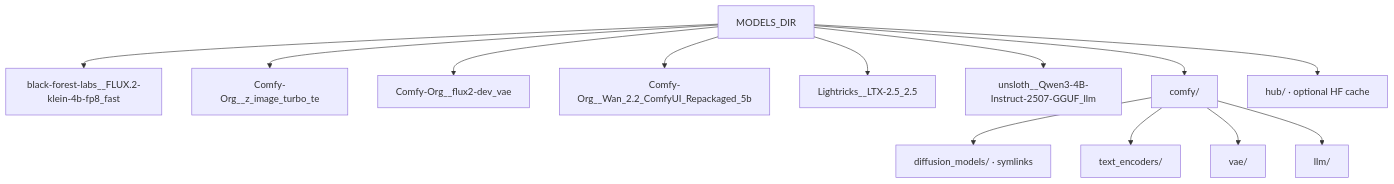
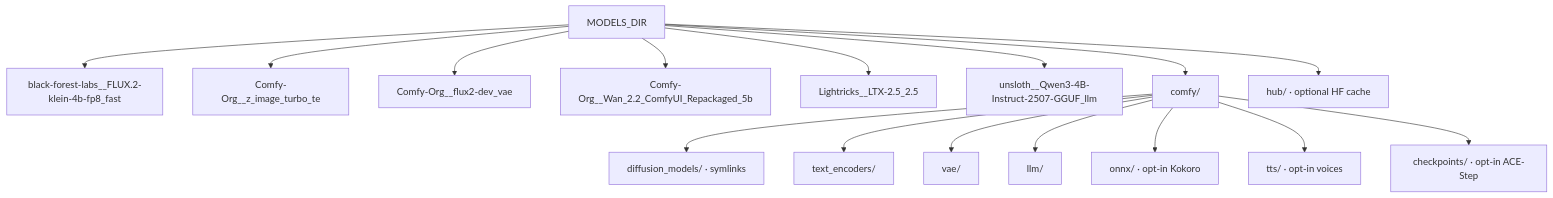
One commit to toxicoder/ez-comfy-stack changed the first of 4 diagrams in docs/models-and-cache.md. Above: the diagram before and after it, drawn with Mermaid. The commit also changed other lines of this file and 26 other files, not shown here.

````diff
--- a/docs/models-and-cache.md
+++ b/docs/models-and-cache.md
@@ -88,16 +91,19 @@
 ```mermaid
 flowchart TB
   Root["MODELS_DIR"]
   Root --> Klein["black-forest-labs__FLUX.2-klein-4b-fp8_fast"]
   Root --> TE["Comfy-Org__z_image_turbo_te"]
   Root --> VAE["Comfy-Org__flux2-dev_vae"]
   Root --> Wan["Comfy-Org__Wan_2.2_ComfyUI_Repackaged_5b"]
   Root --> Ltx["Lightricks__LTX-2.5_2.5"]
   Root --> Llm["unsloth__Qwen3-4B-Instruct-2507-GGUF_llm"]
   Root --> Comfy["comfy/"]
   Root --> Hub["hub/ · optional HF cache"]
   Comfy --> DM["diffusion_models/ · symlinks"]
   Comfy --> TEd["text_encoders/"]
   Comfy --> VAEd["vae/"]
   Comfy --> LlmDir["llm/"]
+  Comfy --> Onnx["onnx/ · opt-in Kokoro"]
+  Comfy --> Tts["tts/ · opt-in voices"]
+  Comfy --> Ckpt["checkpoints/ · opt-in ACE-Step"]
 ```
````
